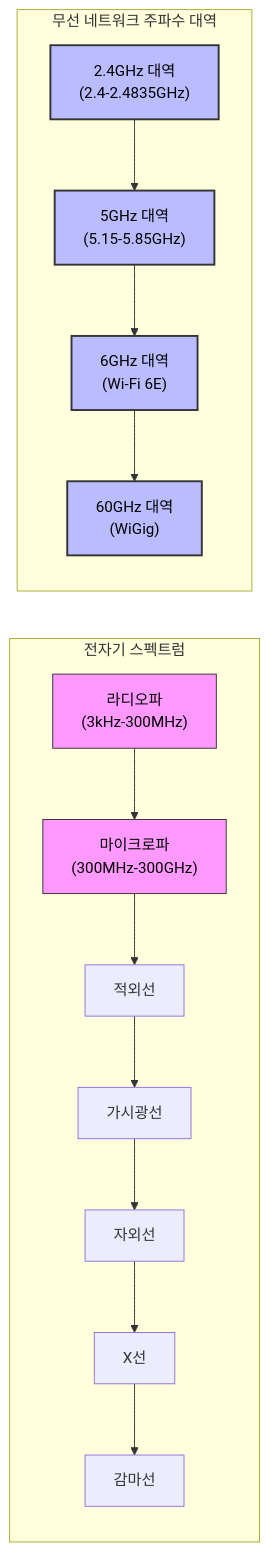
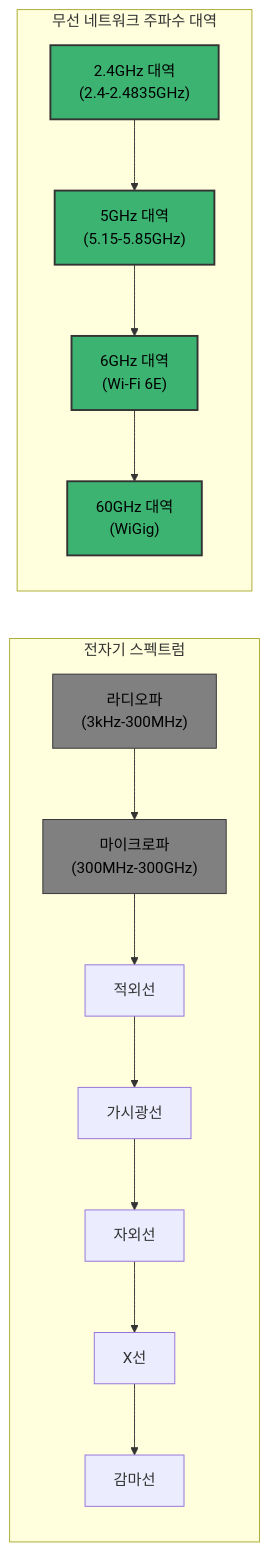
The first of 8 diagrams in chapters/07-3_wireless_network.md (KalGookSoo/network-basic), drawn with Mermaid before and after one commit. The commit also changed other lines of this file and 3 other files, not shown here.

Commit message:
docs: 표 시각 개선 - 다이어그램 색상 일관성 및 가독성 향상

````diff
--- a/chapters/07-3_wireless_network.md
+++ b/chapters/07-3_wireless_network.md
@@ -17,17 +17,17 @@
 ```mermaid
 graph LR
     subgraph "전자기 스펙트럼"
         A["라디오파<br>(3kHz-300MHz)"] --> B["마이크로파<br>(300MHz-300GHz)"] --> C["적외선"] --> D["가시광선"] --> E["자외선"] --> F["X선"] --> G["감마선"]
     end
 
     subgraph "무선 네트워크 주파수 대역"
         H["2.4GHz 대역<br>(2.4-2.4835GHz)"] --> I["5GHz 대역<br>(5.15-5.85GHz)"] --> J["6GHz 대역<br>(Wi-Fi 6E)"] --> K["60GHz 대역<br>(WiGig)"]
     end
 
-    style A fill:#f9f, stroke:#333, stroke-width:1px, color:#000
-    style B fill:#f9f, stroke:#333, stroke-width:1px, color:#000
-    style H fill:#bbf, stroke:#333, stroke-width:2px, color:#000
-    style I fill:#bbf, stroke:#333, stroke-width:2px, color:#000
-    style J fill:#bbf, stroke:#333, stroke-width:2px, color:#000
-    style K fill:#bbf, stroke:#333, stroke-width:2px, color:#000
+    style A fill:#808080, stroke:#333, stroke-width:1px, color:#000
+    style B fill:#808080, stroke:#333, stroke-width:1px, color:#000
+    style H fill:#3cb371, stroke:#333, stroke-width:2px, color:#000
+    style I fill:#3cb371, stroke:#333, stroke-width:2px, color:#000
+    style J fill:#3cb371, stroke:#333, stroke-width:2px, color:#000
+    style K fill:#3cb371, stroke:#333, stroke-width:2px, color:#000
 ```
````
